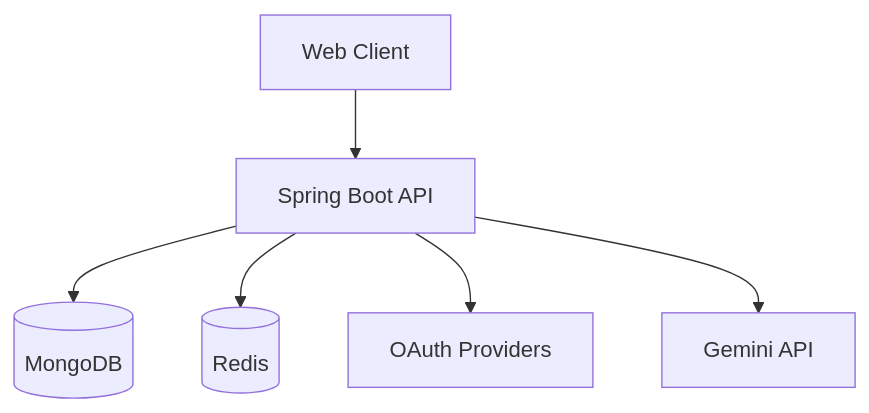
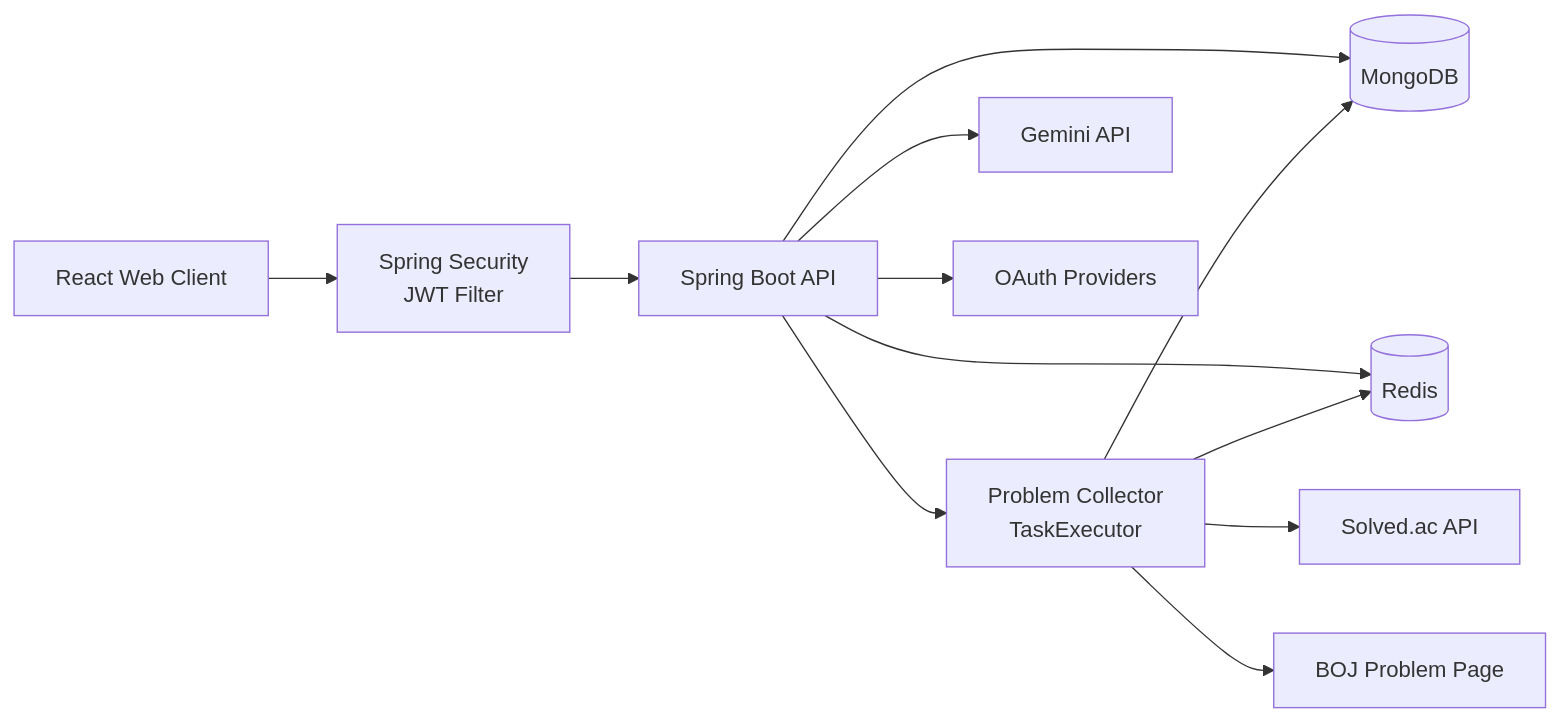
One commit to didim-log/didim-log-BE changed the first of 3 diagrams in README.md. Above: the diagram before and after it, drawn with Mermaid. The commit also changed other lines of this file and 14 other files, not shown here.

````diff
--- a/README.md
+++ b/README.md
@@ -22,8 +31,24 @@
 ```mermaid
-graph TD
-  Client[Web Client] --> API[Spring Boot API]
-  API --> Mongo[(MongoDB)]
-  API --> Redis[(Redis)]
-  API --> OAuth[OAuth Providers]
-  API --> LLM[Gemini API]
+flowchart LR
+    FE["React Web Client"]
+    SECURITY["Spring Security<br/>JWT Filter"]
+    API["Spring Boot API"]
+    COLLECTOR["Problem Collector<br/>TaskExecutor"]
+    MONGO[("MongoDB")]
+    REDIS[("Redis")]
+    SOLVED["Solved.ac API"]
+    BOJ["BOJ Problem Page"]
+    GEMINI["Gemini API"]
+    OAUTH["OAuth Providers"]
+
+    FE --> SECURITY --> API
+    API --> MONGO
+    API --> REDIS
+    API --> COLLECTOR
+    COLLECTOR --> SOLVED
+    COLLECTOR --> BOJ
+    COLLECTOR --> MONGO
+    COLLECTOR --> REDIS
+    API --> GEMINI
+    API --> OAUTH
 ```
````
